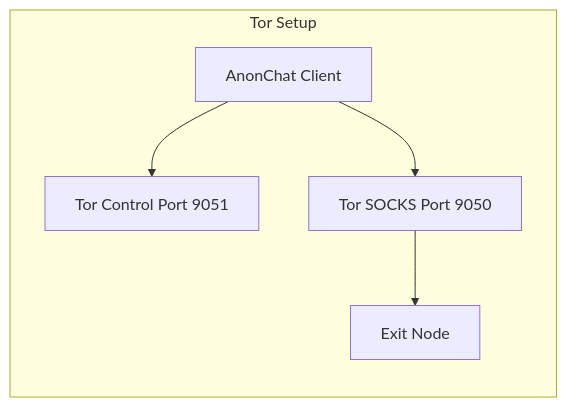
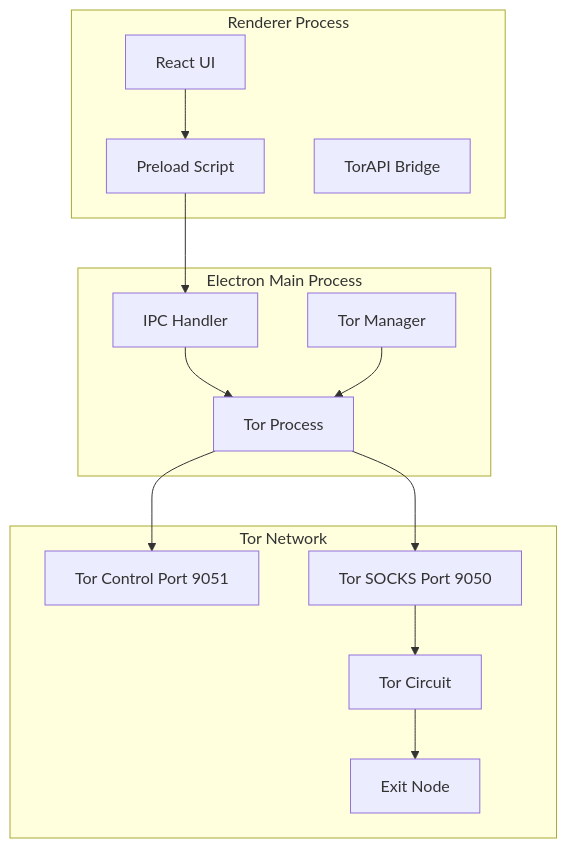
The fourth of 5 diagrams in README.md (Nileshsri2022/anonchat), drawn with Mermaid before and after one commit. The commit also changed other lines of this file and 39 other files, not shown here.

````diff
--- a/README.md
+++ b/README.md
@@ -188,13 +211,30 @@
 ```mermaid
-graph LR
-    subgraph "Tor Setup"
-        Client[AnonChat Client]
+graph TB
+    subgraph "Electron Main Process"
+        TorMgr[Tor Manager]
+        TorProc[Tor Process]
+        IPC[IPC Handler]
+    end
+
+    subgraph "Renderer Process"
+        UI[React UI]
+        Preload[Preload Script]
+        TorAPI[TorAPI Bridge]
+    end
+
+    subgraph "Tor Network"
         TorCtl[Tor Control Port 9051]
         TorSOCKS[Tor SOCKS Port 9050]
+        Circuit[Tor Circuit]
         Exit[Exit Node]
     end
 
-    Client --> TorCtl
-    Client --> TorSOCKS
-    TorSOCKS --> Exit
+    UI --> Preload
+    Preload --> IPC
+    IPC --> TorProc
+    TorMgr --> TorProc
+    TorProc --> TorCtl
+    TorProc --> TorSOCKS
+    TorSOCKS --> Circuit
+    Circuit --> Exit
 ```
````
